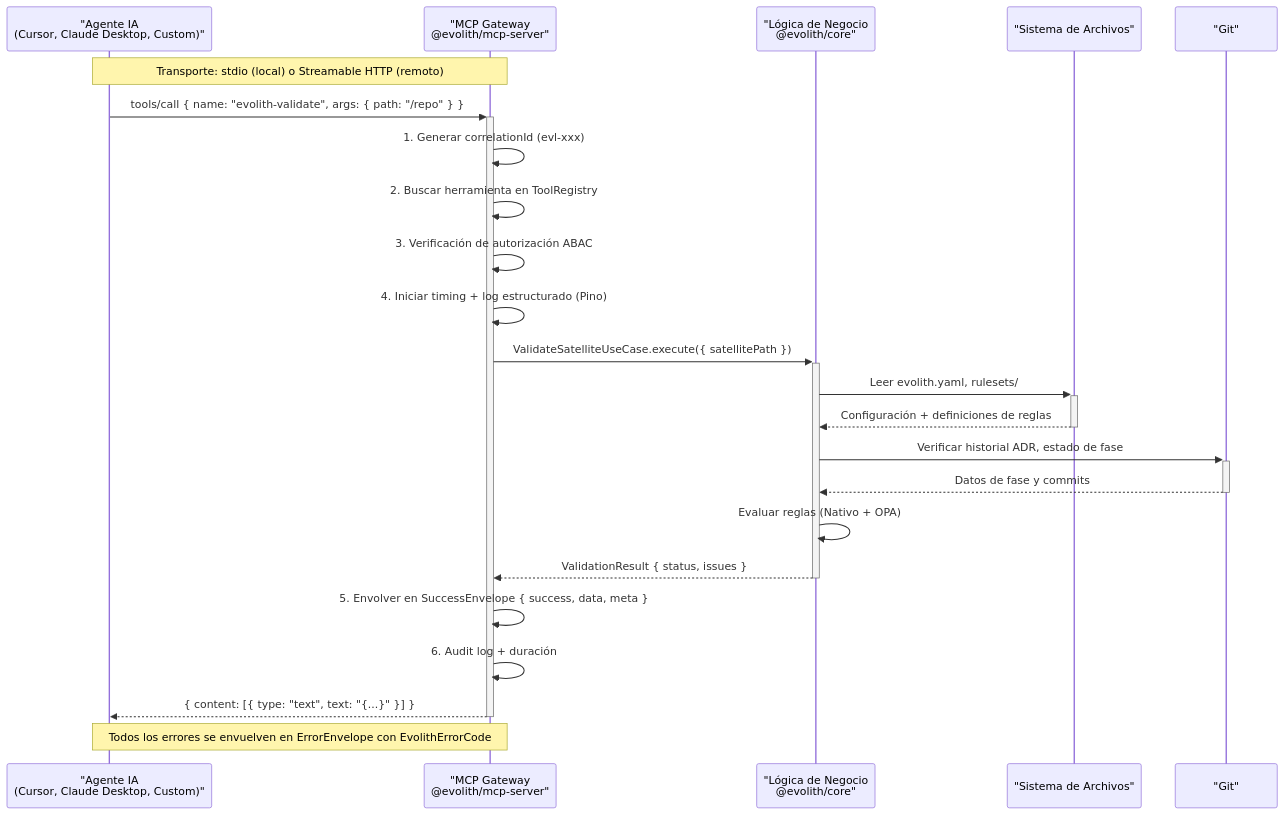
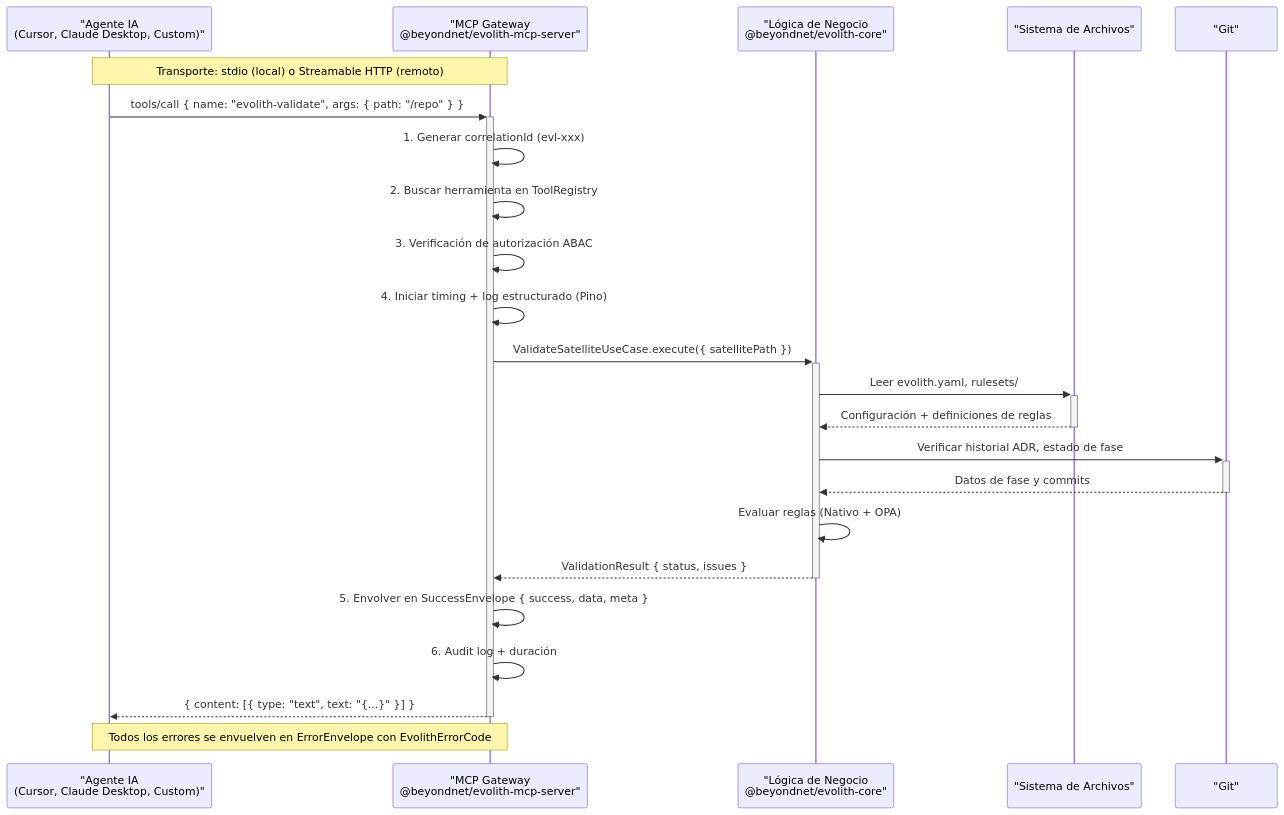
The diagram in src/packages/mcp-server/README.es.md (beyondnetcode/evolith_arch32), drawn with Mermaid before and after one commit. The commit also changed other lines of this file and 195 other files, not shown here.

````diff
--- a/src/packages/mcp-server/README.es.md
+++ b/src/packages/mcp-server/README.es.md
@@ -34,34 +34,34 @@
 ```mermaid
 sequenceDiagram
     participant Agent as "Agente IA<br/>(Cursor, Claude Desktop, Custom)"
-    participant Gateway as "MCP Gateway<br/>@evolith/mcp-server"
-    participant Core as "Lógica de Negocio<br/>@evolith/core"
+    participant Gateway as "MCP Gateway<br/>@beyondnet/evolith-mcp-server"
+    participant Core as "Lógica de Negocio<br/>@beyondnet/evolith-core"
     participant FS as "Sistema de Archivos"
     participant Git as "Git"
 
     Note over Agent,Gateway: Transporte: stdio (local) o Streamable HTTP (remoto)
 
     Agent->>+Gateway: tools/call { name: "evolith-validate", args: { path: "/repo" } }
 
     Gateway->>Gateway: 1. Generar correlationId (evl-xxx)
     Gateway->>Gateway: 2. Buscar herramienta en ToolRegistry
     Gateway->>Gateway: 3. Verificación de autorización ABAC
     Gateway->>Gateway: 4. Iniciar timing + log estructurado (Pino)
 
     Gateway->>+Core: ValidateSatelliteUseCase.execute({ satellitePath })
     Core->>+FS: Leer evolith.yaml, rulesets/
     FS-->>-Core: Configuración + definiciones de reglas
 
     Core->>+Git: Verificar historial ADR, estado de fase
     Git-->>-Core: Datos de fase y commits
 
     Core->>Core: Evaluar reglas (Nativo + OPA)
     Core-->>-Gateway: ValidationResult { status, issues }
 
     Gateway->>Gateway: 5. Envolver en SuccessEnvelope { success, data, meta }
     Gateway->>Gateway: 6. Audit log + duración
 
     Gateway-->>-Agent: { content: [{ type: "text", text: "{...}" }] }
 
     Note over Agent,Gateway: Todos los errores se envuelven en ErrorEnvelope con EvolithErrorCode
 ```
````
